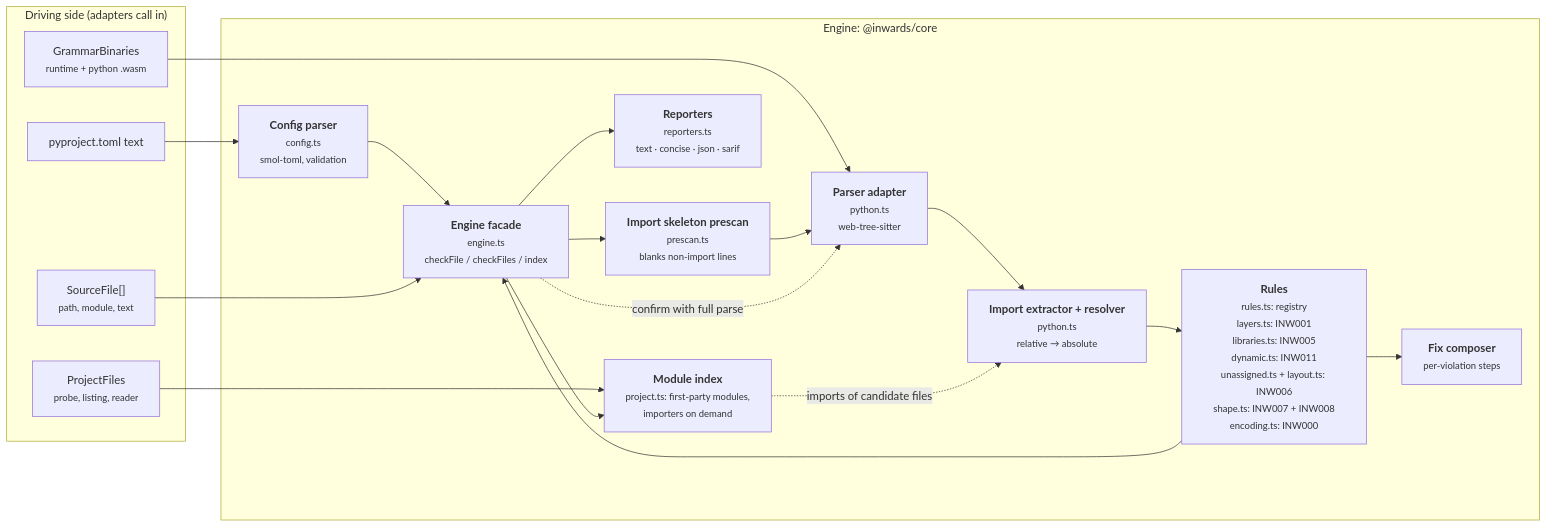
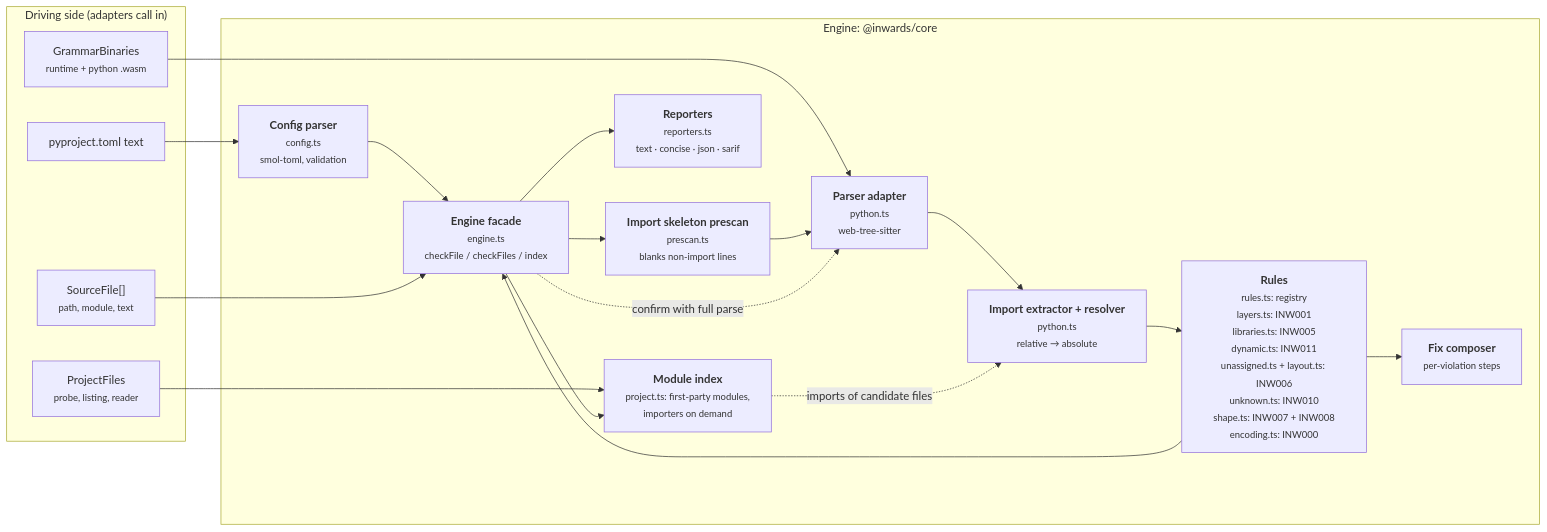
The third of 6 diagrams in docs/chapters/03-Architecture-C4.md (SirCypkowskyy/inwards), drawn with Mermaid before and after one commit. The commit also changed other lines of this file and 33 other files, not shown here.

First line of the commit message:
feat(rules)!: add INW010 to flag imports of first-party modules that don't exist

````diff
--- a/docs/chapters/03-Architecture-C4.md
+++ b/docs/chapters/03-Architecture-C4.md
@@ -99,33 +99,33 @@
 ```mermaid
 flowchart LR
     subgraph driving["Driving side (adapters call in)"]
         files["SourceFile[]<br/><small>path, module, text</small>"]
         pfiles["ProjectFiles<br/><small>probe, listing, reader</small>"]
         cfgtext["pyproject.toml text"]
         wasm["GrammarBinaries<br/><small>runtime + python .wasm</small>"]
     end
 
     subgraph enginebox["Engine: @inwards/core"]
         config["<b>Config parser</b><br/><small>config.ts<br/>smol-toml, validation</small>"]
         pre["<b>Import skeleton prescan</b><br/><small>prescan.ts<br/>blanks non-import lines</small>"]
         parser["<b>Parser adapter</b><br/><small>python.ts<br/>web-tree-sitter</small>"]
         extract["<b>Import extractor + resolver</b><br/><small>python.ts<br/>relative → absolute</small>"]
-        rules["<b>Rules</b><br/><small>rules.ts: registry<br/>layers.ts: INW001<br/>libraries.ts: INW005<br/>dynamic.ts: INW011<br/>unassigned.ts + layout.ts: INW006<br/>shape.ts: INW007 + INW008<br/>encoding.ts: INW000</small>"]
+        rules["<b>Rules</b><br/><small>rules.ts: registry<br/>layers.ts: INW001<br/>libraries.ts: INW005<br/>dynamic.ts: INW011<br/>unassigned.ts + layout.ts: INW006<br/>unknown.ts: INW010<br/>shape.ts: INW007 + INW008<br/>encoding.ts: INW000</small>"]
         fix["<b>Fix composer</b><br/><small>per-violation steps</small>"]
         report["<b>Reporters</b><br/><small>reporters.ts<br/>text · concise · json · sarif</small>"]
         engine["<b>Engine facade</b><br/><small>engine.ts<br/>checkFile / checkFiles / index</small>"]
         modgraph["<b>Module index</b><br/><small>project.ts: first-party modules,<br/>importers on demand</small>"]
     end
 
     cfgtext --> config --> engine
     wasm --> parser
     files --> engine
     engine --> pre --> parser --> extract --> rules
     rules --> fix
     rules --> engine
     engine -. "confirm with full parse" .-> parser
     pfiles --> modgraph
     engine --> modgraph
     modgraph -. "imports of candidate files" .-> extract
     engine --> report
 ```
````
